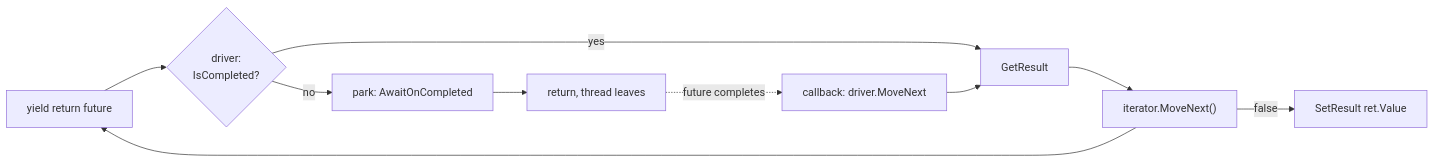
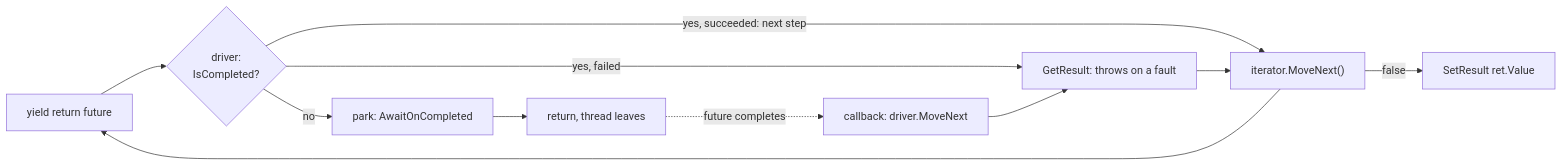
One commit to mmpworks/MMP.AsyncProxy changed the second of 2 diagrams in docs/course/07-the-iterator-trick.md. Above: the diagram before and after it, drawn with Mermaid. The commit also changed other lines of this file and 72 other files, not shown here.

````diff
--- a/docs/course/07-the-iterator-trick.md
+++ b/docs/course/07-the-iterator-trick.md
@@ -367,8 +391,9 @@
 ```mermaid
 flowchart LR
     Y["yield return future"] --> D{driver:<br/>IsCompleted?}
-    D -->|yes| GR[GetResult] --> MN["iterator.MoveNext()"] --> Y
+    D -->|"yes, succeeded: next step"| MN["iterator.MoveNext()"] --> Y
+    D -->|"yes, failed"| GR["GetResult: throws on a fault"] --> MN
     D -->|no| P[park: AwaitOnCompleted] --> R[return, thread leaves]
     R -.->|future completes| CB[callback: driver.MoveNext] --> GR
     MN -->|false| SR[SetResult ret.Value]
 ```
````
